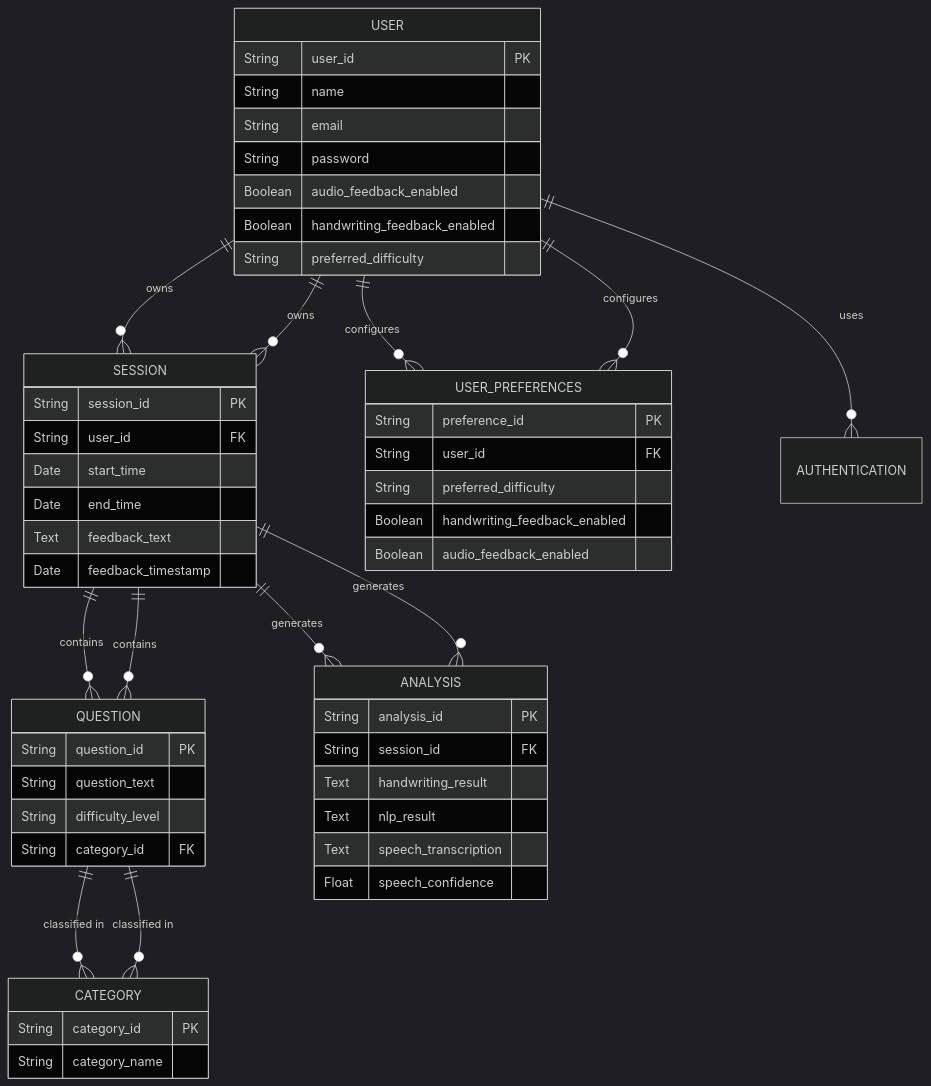
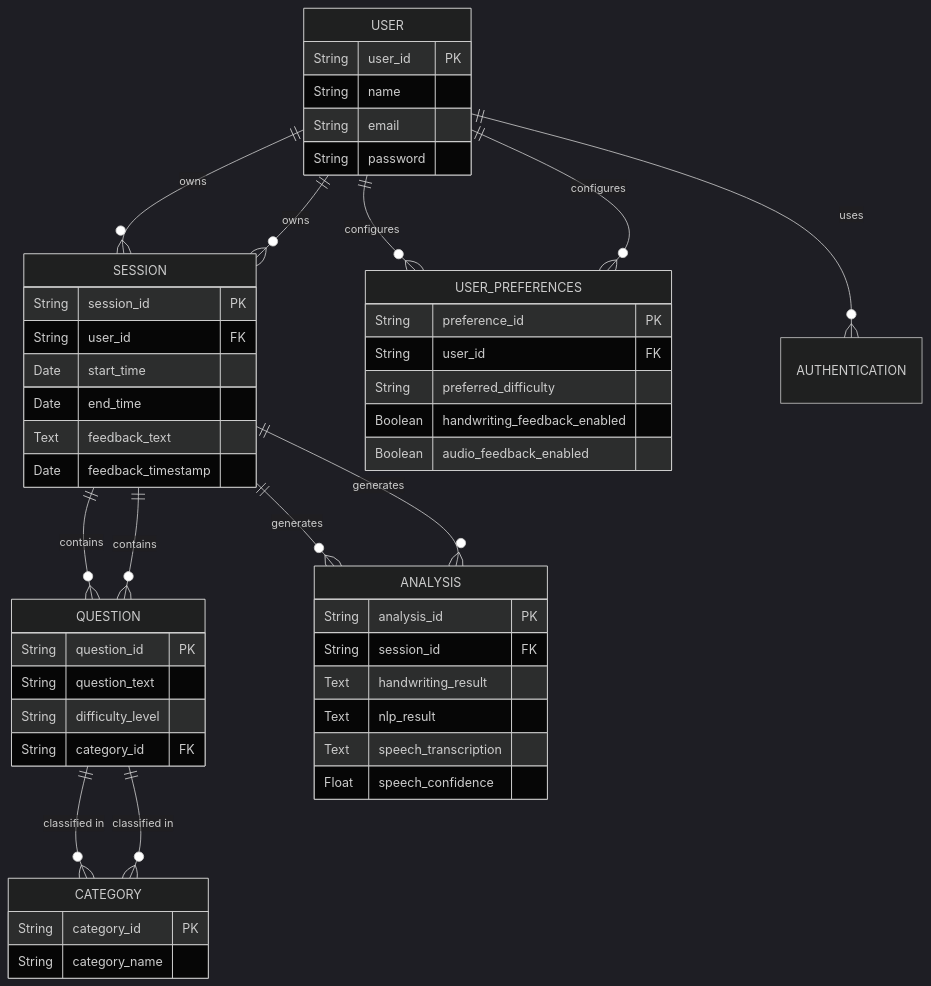
Before and after one commit to capstone-projects-2024-fall/project-whiteboardflow: the diagram in documentation/docs/system-architecture/Database Diagrams.md, drawn with Mermaid (dark theme).

Commit message:
Update Database Diagrams.md

````diff
--- a/documentation/docs/system-architecture/Database Diagrams.md
+++ b/documentation/docs/system-architecture/Database Diagrams.md
@@ -7,71 +7,68 @@
 ```mermaid
 erDiagram
 
      %% Entities and their attributes
 
     USER ||--o{ SESSION: "owns"
     USER ||--o{ USER_PREFERENCES: "configures"
     SESSION ||--o{ QUESTION: "contains"
     SESSION ||--o{ ANALYSIS: "generates"
     QUESTION ||--o{ CATEGORY: "classified in"
 
     %% USER entity
     USER {
         String user_id PK
         String name
         String email
         String password
-        Boolean audio_feedback_enabled
-        Boolean handwriting_feedback_enabled
-        String preferred_difficulty
     }
 
     %% SESSION entity
     SESSION {
         String session_id PK
         String user_id FK
         Date start_time
         Date end_time
         Text feedback_text
         Date feedback_timestamp
     }
 
     %% QUESTION entity
     QUESTION {
         String question_id PK
         String question_text
         String difficulty_level
         String category_id FK
     }
 
     %% CATEGORY entity
     CATEGORY {
         String category_id PK
         String category_name
     }
 
     %% ANALYSIS entity
     ANALYSIS {
         String analysis_id PK
         String session_id FK
         Text handwriting_result
         Text nlp_result
         Text speech_transcription
         Float speech_confidence
     }
     %% USER_PREFERENCES entity
     USER_PREFERENCES {
         String preference_id PK   
         String user_id FK
         String preferred_difficulty
         Boolean handwriting_feedback_enabled
         Boolean audio_feedback_enabled
     }
     %% Relationships
     USER ||--o{ SESSION: "owns"
     USER ||--o{ AUTHENTICATION: "uses"
     USER ||--o{ USER_PREFERENCES: "configures"
     SESSION ||--o{ QUESTION: "contains"
     SESSION ||--o{ ANALYSIS: "generates"
     QUESTION ||--o{ CATEGORY: "classified in"
 ```
````
